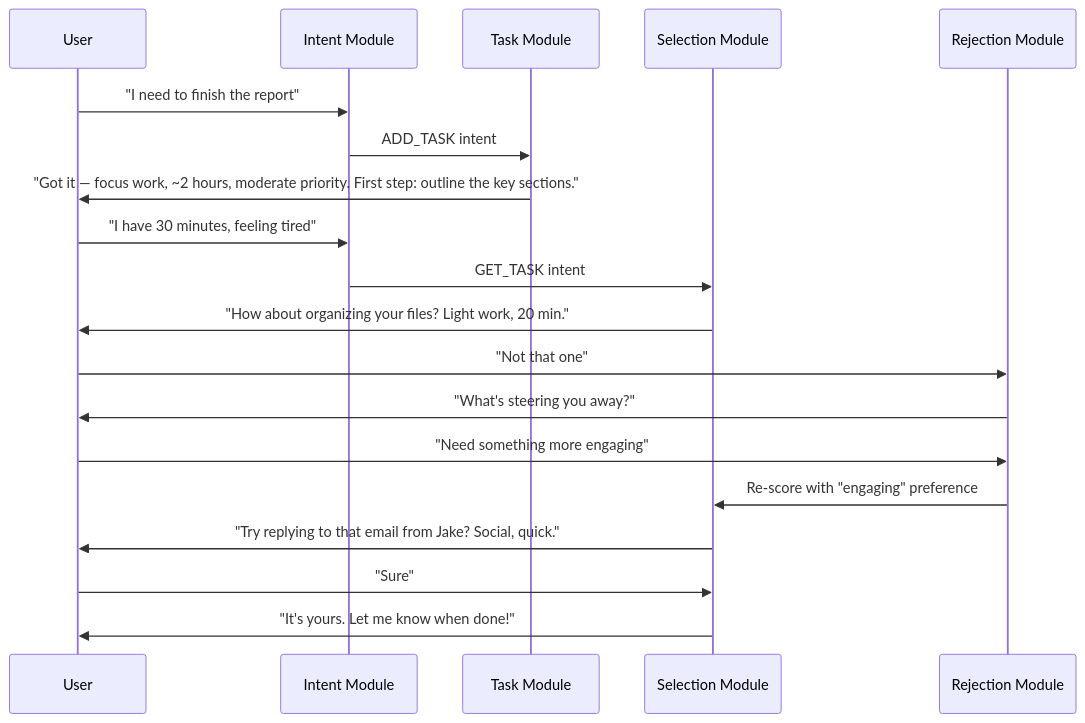
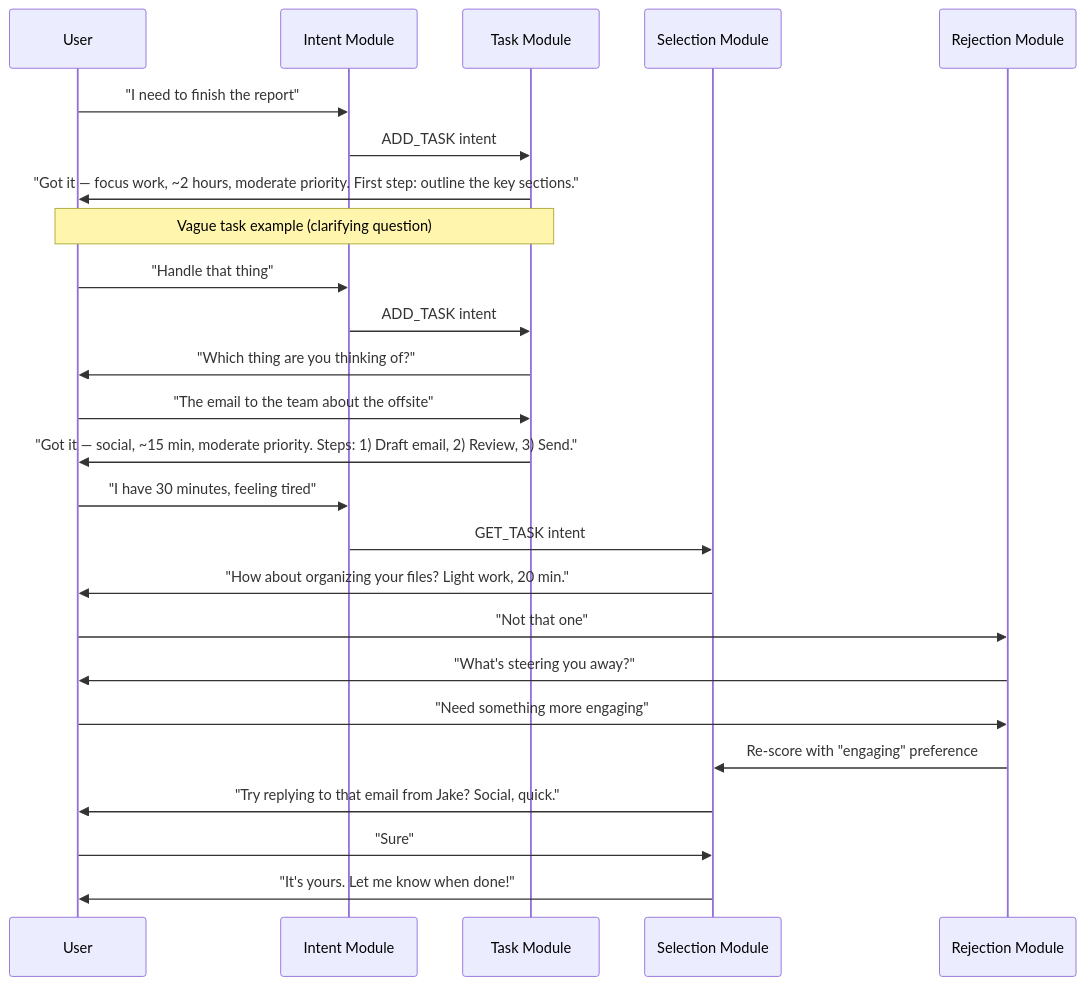
Diagram 24 of 24 in docs/ai-prompts.md (NickBorgersProbably/hide-my-list), drawn with Mermaid before and after one commit. The commit also changed other lines of this file and 2 other files, not shown here.

First line of the commit message:
Allow up to 3 clarifying questions for vague tasks during intake

````diff
--- a/docs/ai-prompts.md
+++ b/docs/ai-prompts.md
@@ -1248,23 +1304,30 @@
 ```mermaid
 sequenceDiagram
     participant U as User
     participant I as Intent Module
     participant T as Task Module
     participant S as Selection Module
     participant R as Rejection Module
 
     U->>I: "I need to finish the report"
     I->>T: ADD_TASK intent
     T->>U: "Got it — focus work, ~2 hours, moderate priority. First step: outline the key sections."
 
+    Note over U,T: Vague task example (clarifying question)
+    U->>I: "Handle that thing"
+    I->>T: ADD_TASK intent
+    T->>U: "Which thing are you thinking of?"
+    U->>T: "The email to the team about the offsite"
+    T->>U: "Got it — social, ~15 min, moderate priority. Steps: 1) Draft email, 2) Review, 3) Send."
+
     U->>I: "I have 30 minutes, feeling tired"
     I->>S: GET_TASK intent
     S->>U: "How about organizing your files? Light work, 20 min."
     U->>R: "Not that one"
     R->>U: "What's steering you away?"
     U->>R: "Need something more engaging"
     R->>S: Re-score with "engaging" preference
     S->>U: "Try replying to that email from Jake? Social, quick."
     U->>S: "Sure"
     S->>U: "It's yours. Let me know when done!"
 ```
````
